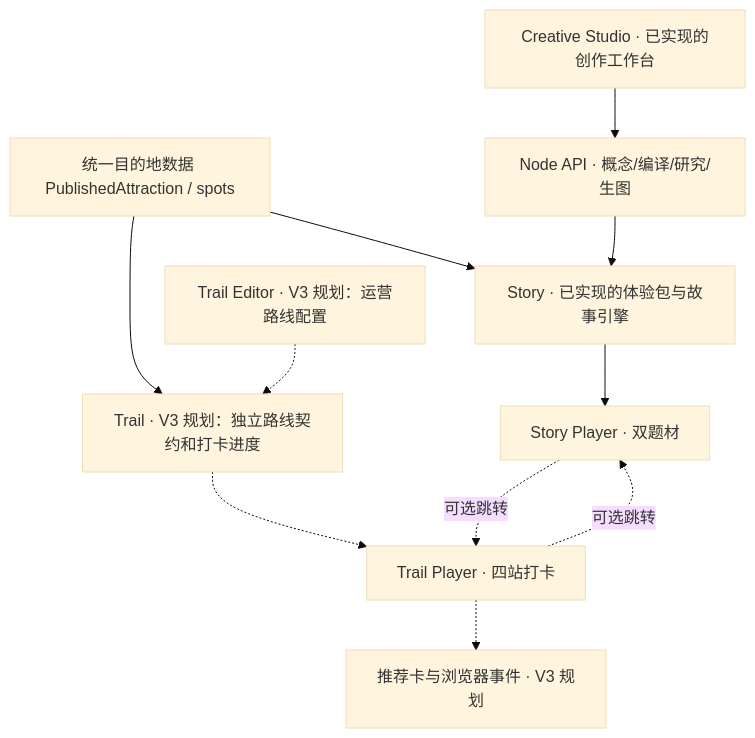
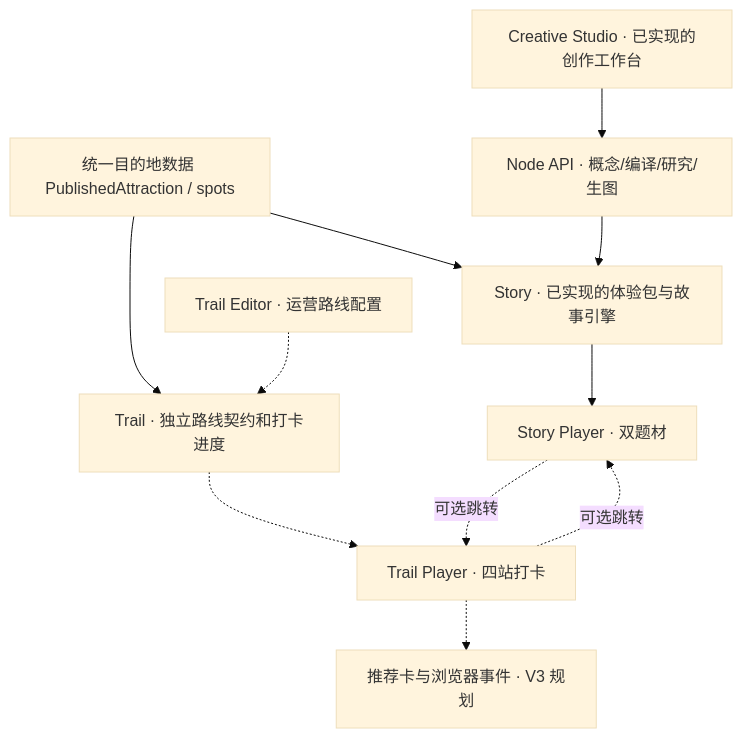
The second of 2 diagrams in README.md (melxy1997/hackathon-trip-guide), drawn with Mermaid (base theme) before and after one commit. The commit also changed other lines of this file and 12 other files, not shown here.

````diff
--- a/README.md
+++ b/README.md
@@ -177,21 +182,21 @@
 ```mermaid
 flowchart TB
   BASE["统一目的地数据 PublishedAttraction / spots"]
   STORY["Story · 已实现的体验包与故事引擎"]
-  TRAIL["Trail · V3 规划：独立路线契约和打卡进度"]
+  TRAIL["Trail · 独立路线契约和打卡进度"]
   CS["Creative Studio · 已实现的创作工作台"]
-  TE["Trail Editor · V3 规划：运营路线配置"]
+  TE["Trail Editor · 运营路线配置"]
   API["Node API · 概念/编译/研究/生图"]
   P["Story Player · 双题材"]
   T["Trail Player · 四站打卡"]
   C["推荐卡与浏览器事件 · V3 规划"]
   BASE --> STORY
   BASE --> TRAIL
   CS --> API --> STORY
   TE -.-> TRAIL
   STORY --> P
   TRAIL -.-> T
   T -.-> C
   P -.->|"可选跳转"| T
   T -.->|"可选跳转"| P
 ```
````
